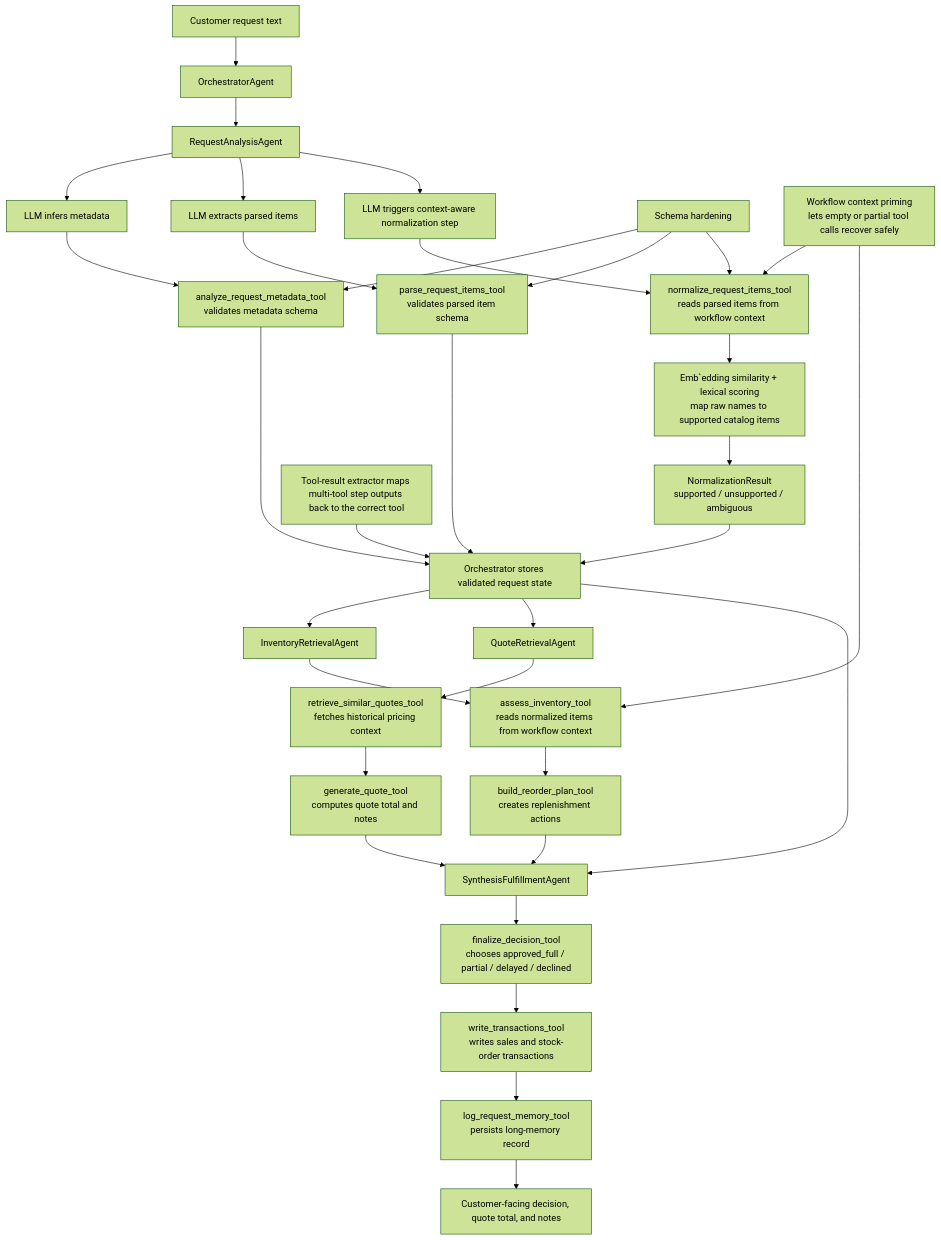
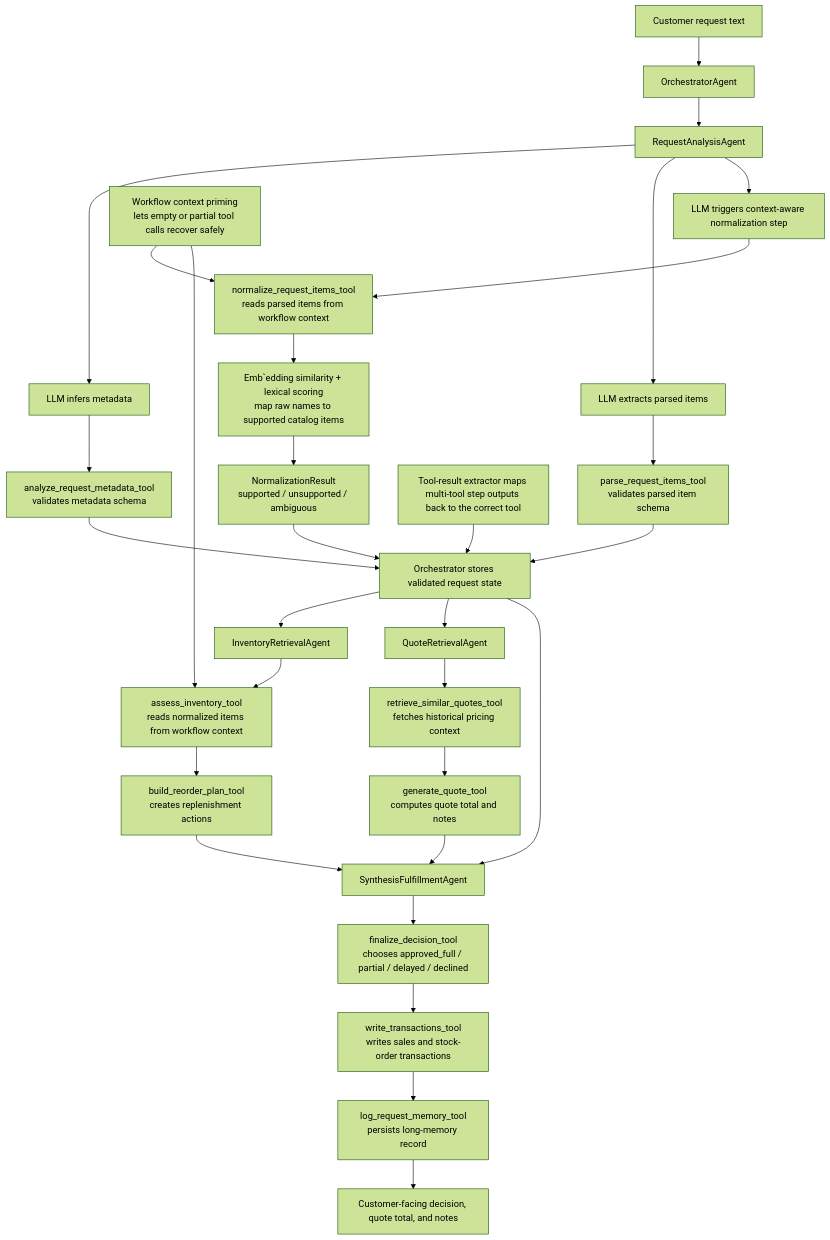
Before and after one commit to echel0nn/multi-rag-agent-orchestrator-example: the diagram in README.md, drawn with Mermaid (forest theme).

````diff
--- a/README.md
+++ b/README.md
@@ -8,39 +8,36 @@
 ```mermaid
 flowchart TD
     A["Customer request text"] --> B["OrchestratorAgent"]
     B --> C["RequestAnalysisAgent"]
     C --> C1["LLM infers metadata"]
     C --> C2["LLM extracts parsed items"]
     C --> C3["LLM triggers context-aware normalization step"]
     C1 --> D["analyze_request_metadata_tool\nvalidates metadata schema"]
     C2 --> E["parse_request_items_tool\nvalidates parsed item schema"]
     C3 --> F["normalize_request_items_tool\nreads parsed items from workflow context"]
     F --> F1["Emb`edding similarity + lexical scoring\nmap raw names to supported catalog items"]
     F1 --> F2["NormalizationResult\nsupported / unsupported / ambiguous"]
     D --> G["Orchestrator stores validated request state"]
     E --> G
     F2 --> G
 
     G --> H["InventoryRetrievalAgent"]
     H --> I["assess_inventory_tool\nreads normalized items from workflow context"]
     I --> J["build_reorder_plan_tool\ncreates replenishment actions"]
 
     G --> K["QuoteRetrievalAgent"]
     K --> L["retrieve_similar_quotes_tool\nfetches historical pricing context"]
     L --> M["generate_quote_tool\ncomputes quote total and notes"]
 
     J --> N["SynthesisFulfillmentAgent"]
     M --> N
     G --> N
     N --> O["finalize_decision_tool\nchooses approved_full / partial / delayed / declined"]
     O --> P["write_transactions_tool\nwrites sales and stock-order transactions"]
     P --> Q["log_request_memory_tool\npersists long-memory record"]
     Q --> R["Customer-facing decision, quote total, and notes"]
 
-    S["Schema hardening"] --> D
-    S --> E
-    S --> F
     U["Workflow context priming\nlets empty or partial tool calls recover safely"] --> F
     U --> I
     T["Tool-result extractor maps multi-tool step outputs back to the correct tool"] --> G
 ```
````
